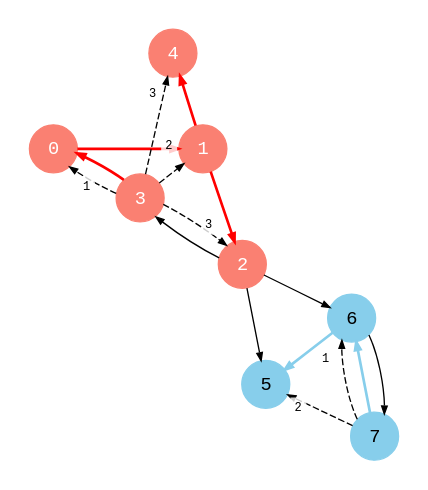
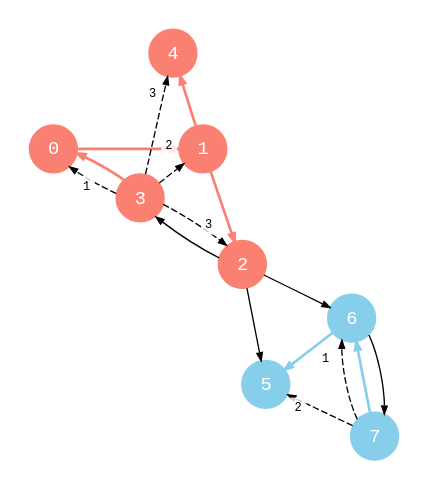
One commit to bsdrks/graaf-images changed the diagram in src/bfs_dist_distances_multi_source_1-0.91.3.dot. Above: the diagram before and after it, drawn with Graphviz. The commit also changed 9 other files, not shown here.

```diff
--- a/src/bfs_dist_distances_multi_source_1-0.91.3.dot
+++ b/src/bfs_dist_distances_multi_source_1-0.91.3.dot
@@ -82,6 +82,7 @@
             </table>
         >,
         color=skyblue,
+        fontcolor=white,
         style=filled,
     ];
 
@@ -94,6 +95,7 @@
             </table>
         >,
         color=skyblue,
+        fontcolor=white,
         style=filled,
     ];
 
@@ -106,6 +108,7 @@
             </table>
         >,
         color=skyblue,
+        fontcolor=white,
         style=filled,
     ];
 
@@ -121,7 +124,7 @@
     ];
 
     3 -> 0 [
-        color=red;
+        color=salmon;
         style=bold;
     ];
 
@@ -159,17 +162,17 @@
     ];
 
     0 -> 1 [
-        color=red;
+        color=salmon;
         style=bold;
     ];
 
     1 -> 2 [
-        color=red;
+        color=salmon;
         style=bold;
     ];
 
     1 -> 4 [
-        color=red;
+        color=salmon;
         style=bold;
     ];
 
```
